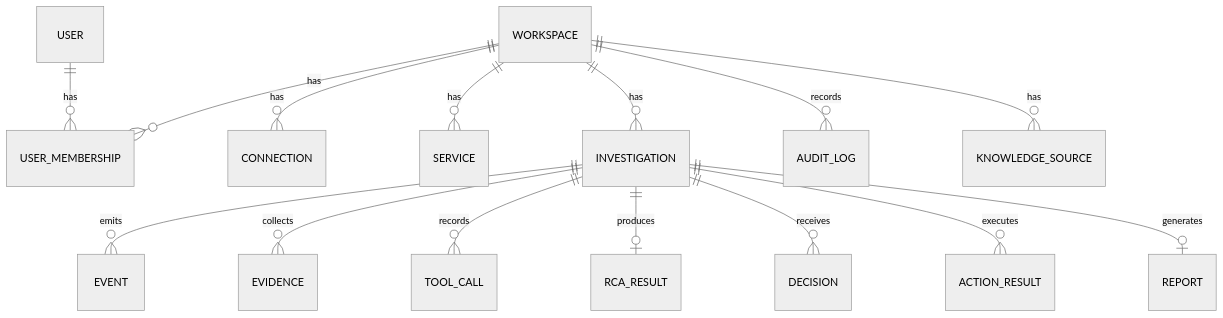
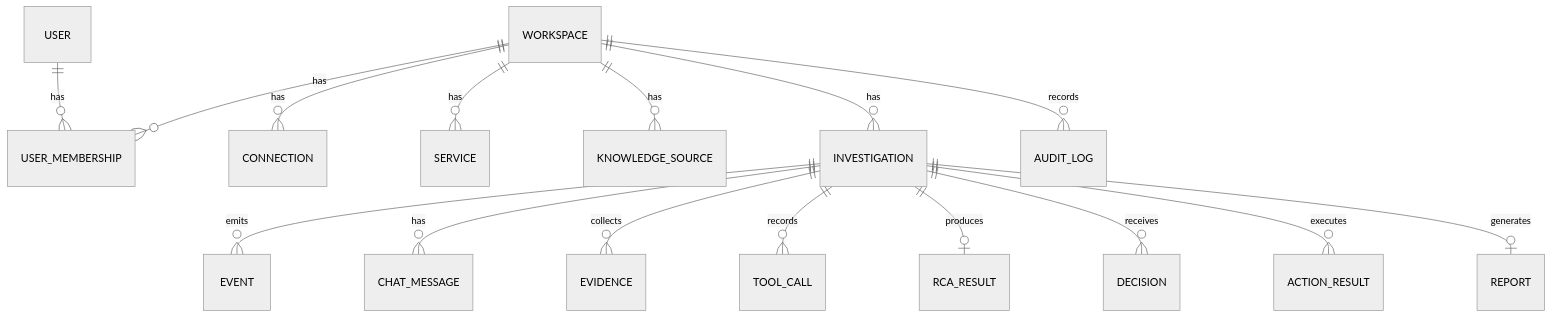
Before and after one commit to sanjaypc-github/Forgeops: the seventh of 7 diagrams in docs/TRD.md, drawn with Mermaid (neutral theme). The commit also changed other lines of this file and 2 other files, not shown here.

Commit message:
Revise PRD and TRD to v2: area-based agents, MCP connector catalog, agent questions, chat bar

````diff
--- a/docs/TRD.md
+++ b/docs/TRD.md
@@ -437,17 +368,18 @@
 ```mermaid
 erDiagram
     WORKSPACE ||--o{ USER_MEMBERSHIP : has
     USER ||--o{ USER_MEMBERSHIP : has
     WORKSPACE ||--o{ CONNECTION : has
     WORKSPACE ||--o{ SERVICE : has
+    WORKSPACE ||--o{ KNOWLEDGE_SOURCE : has
     WORKSPACE ||--o{ INVESTIGATION : has
     INVESTIGATION ||--o{ EVENT : emits
+    INVESTIGATION ||--o{ CHAT_MESSAGE : has
     INVESTIGATION ||--o{ EVIDENCE : collects
     INVESTIGATION ||--o{ TOOL_CALL : records
     INVESTIGATION ||--o| RCA_RESULT : produces
     INVESTIGATION ||--o{ DECISION : receives
     INVESTIGATION ||--o{ ACTION_RESULT : executes
     INVESTIGATION ||--o| REPORT : generates
     WORKSPACE ||--o{ AUDIT_LOG : records
-    WORKSPACE ||--o{ KNOWLEDGE_SOURCE : has
 ```
````
